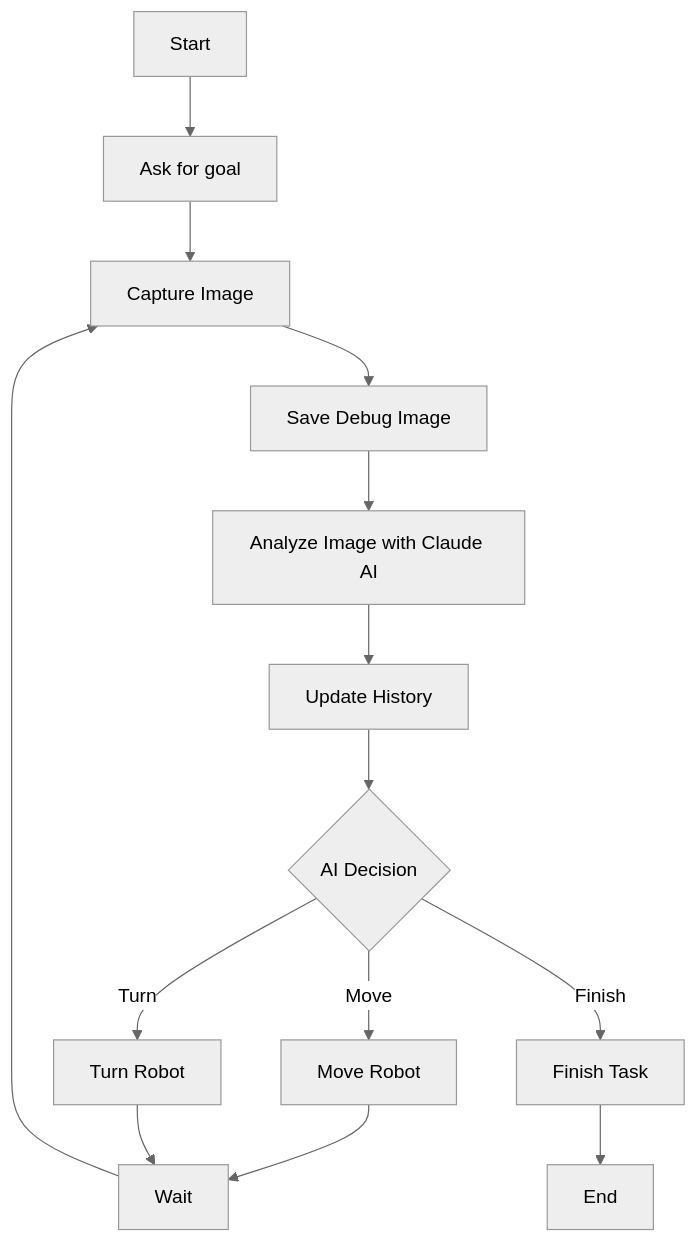
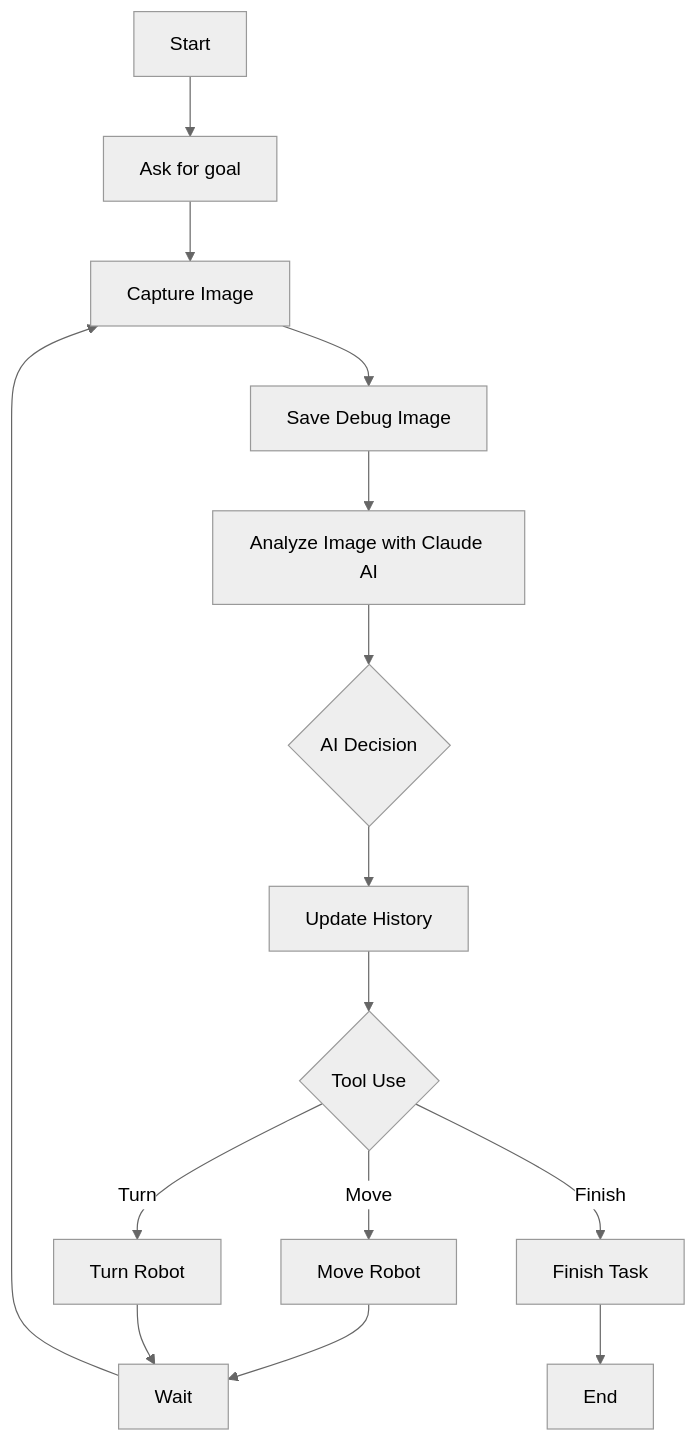
Before and after one commit to ntindle/llm-decision-making-workshop: the diagram in README.md, drawn with Mermaid (neutral theme).

````diff
--- a/README.md
+++ b/README.md
@@ -132,16 +132,17 @@
 ```mermaid
 graph TD
     A[Start] --> B[Ask for goal]
-    B--> C[Capture Image]
+    B --> C[Capture Image]
     C --> D[Save Debug Image]
     D --> E[Analyze Image with Claude AI]
-    E --> F[Update History]
-    F --> G{AI Decision}
-    G -->|Move| H[Move Robot]
-    G -->|Turn| I[Turn Robot]
-    G -->|Finish| J[Finish Task]
-    H --> K[Wait]
-    I --> K
-    K --> C
-    J --> L[End]
+    E --> G{AI Decision}
+    G --> F[Update History]
+    F --> H{Tool Use}
+    H -->|Move| I[Move Robot]
+    H -->|Turn| J[Turn Robot]
+    H -->|Finish| K[Finish Task]
+    I --> L[Wait]
+    J --> L
+    L --> C
+    K --> M[End]
 ```
````
